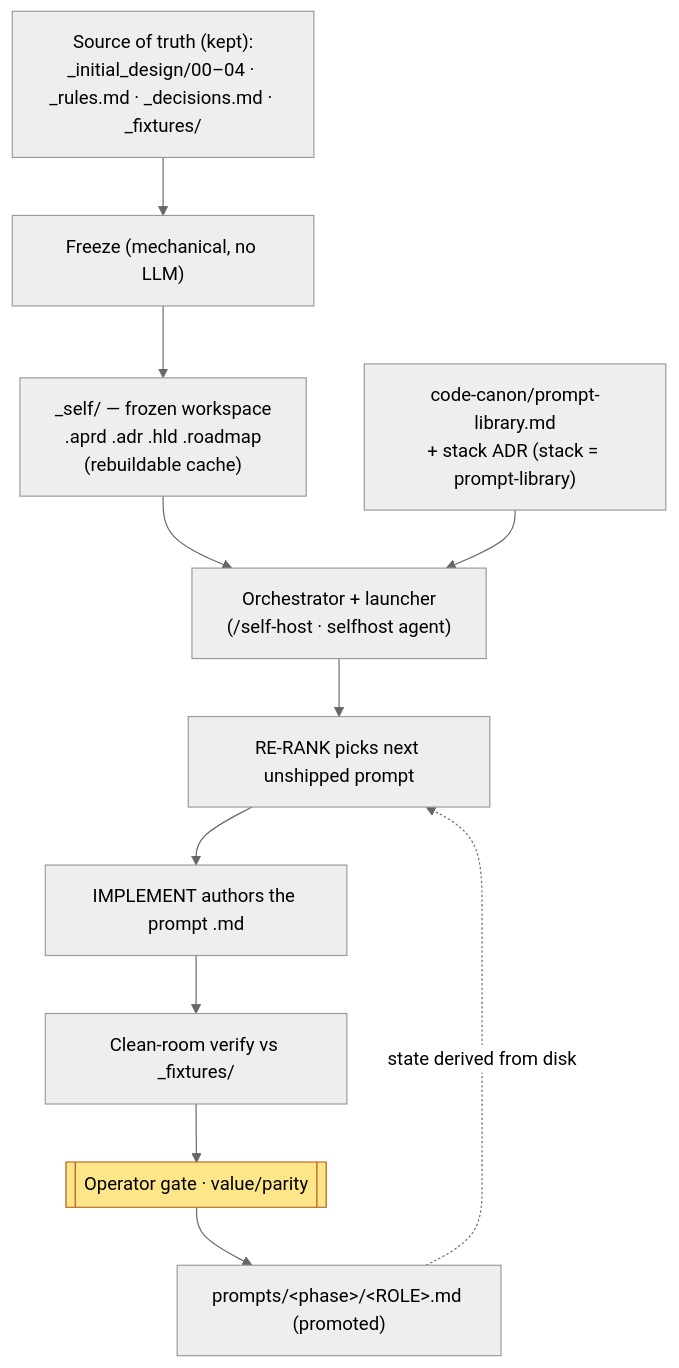
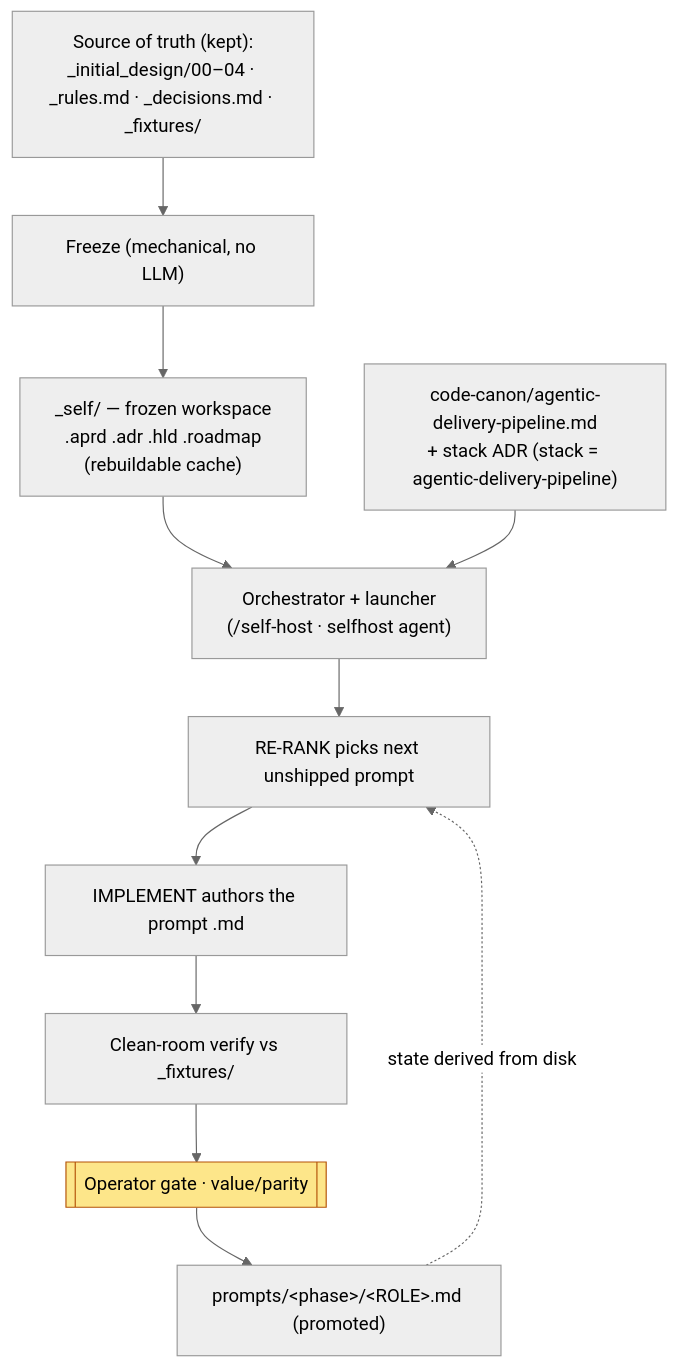
One commit to iiezhachenko/agentic-delivery-system changed the first of 3 diagrams in _self-host-migration/migration-spec.md. Above: the diagram before and after it, drawn with Mermaid (neutral theme). The commit also changed other lines of this file and 6 other files, not shown here.

Commit message:
Implement stack ADR for agentic delivery pipeline, updating migration specifications and self-hosting documentation. This includes defining the coding-canon profile and ensuring the system's architecture supports the new deliverable target. Resolved D21, enhancing the self-host migration process.

````diff
--- a/_self-host-migration/migration-spec.md
+++ b/_self-host-migration/migration-spec.md
@@ -59,22 +59,22 @@
 ```mermaid
 flowchart TD
     SRC["Source of truth (kept):<br/>_initial_design/00–04 · _rules.md · _decisions.md · _fixtures/"]
     FREEZE["Freeze (mechanical, no LLM)"]
     SELF["_self/ — frozen workspace<br/>.aprd .adr .hld .roadmap<br/>(rebuildable cache)"]
-    CANON["code-canon/prompt-library.md<br/>+ stack ADR (stack = prompt-library)"]
+    CANON["code-canon/agentic-delivery-pipeline.md<br/>+ stack ADR (stack = agentic-delivery-pipeline)"]
     ORCH["Orchestrator + launcher<br/>(/self-host · selfhost agent)"]
     RR[RE-RANK picks next unshipped prompt]
     IMPL["IMPLEMENT authors the prompt .md"]
     VER["Clean-room verify vs _fixtures/"]
     GATE[[Operator gate · value/parity]]
     PROMPTS["prompts/&lt;phase&gt;/&lt;ROLE&gt;.md (promoted)"]
 
     SRC --> FREEZE --> SELF
     SELF --> ORCH
     CANON --> ORCH
     ORCH --> RR --> IMPL --> VER --> GATE --> PROMPTS
     PROMPTS -. "state derived from disk" .-> RR
 
     classDef gate fill:#fde68a,stroke:#b45309,color:#000;
     class GATE gate;
 ```
````
